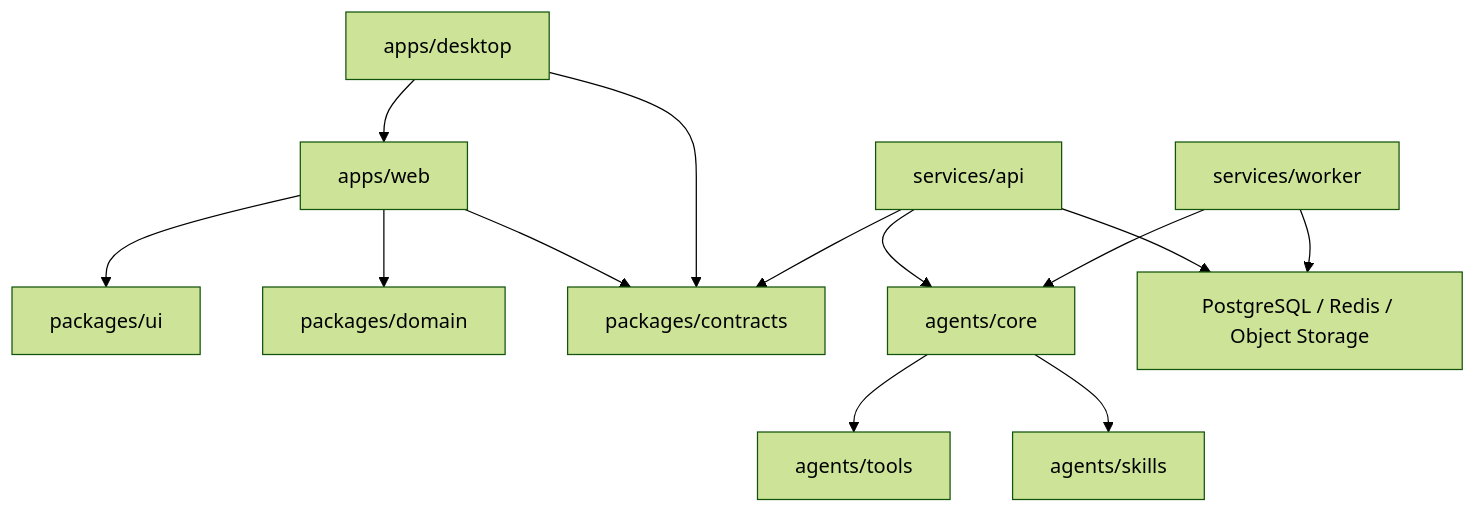
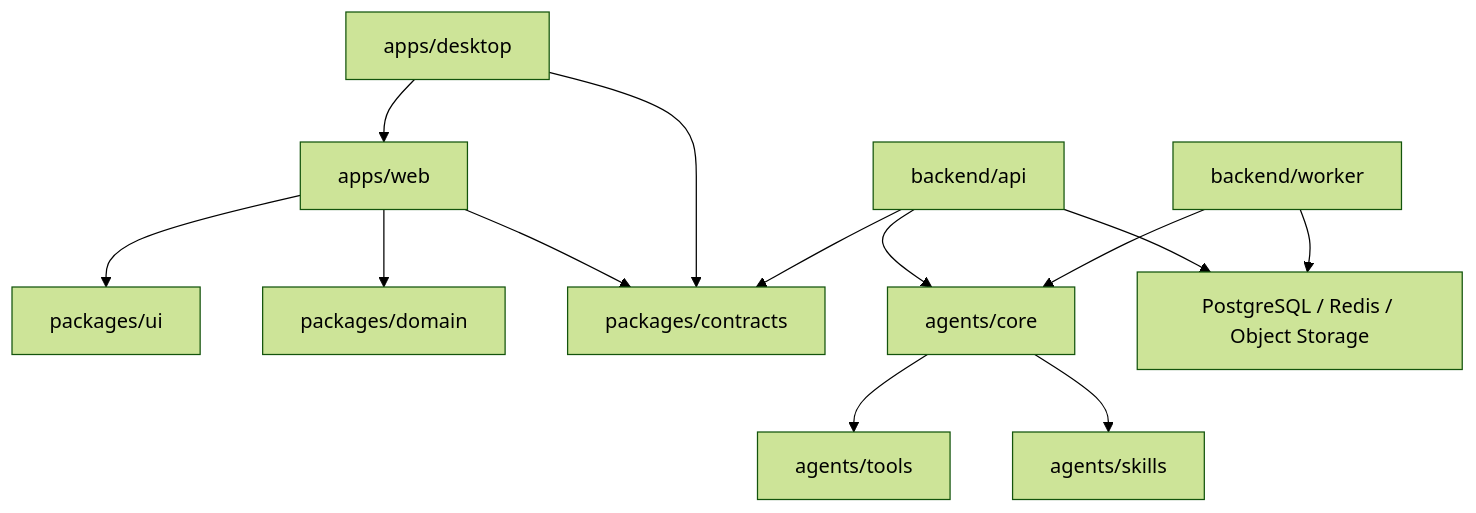
The diagram in PROJECT_STRUCTURE.md (IvanCodesDev/OpenMathModel), drawn with Mermaid (forest theme) before and after one commit. The commit also changed other lines of this file and 237 other files, not shown here.

````diff
--- a/PROJECT_STRUCTURE.md
+++ b/PROJECT_STRUCTURE.md
@@ -63,15 +63,15 @@
 ```mermaid
 flowchart TB
     WEB["apps/web"] --> UI["packages/ui"]
     WEB --> DOMAIN["packages/domain"]
     DESKTOP["apps/desktop"] --> WEB
     WEB --> CONTRACTS["packages/contracts"]
     DESKTOP --> CONTRACTS
-    API["services/api"] --> CONTRACTS
+    API["backend/api"] --> CONTRACTS
     API --> AGENT["agents/core"]
-    WORKER["services/worker"] --> AGENT
+    WORKER["backend/worker"] --> AGENT
     AGENT --> TOOLS["agents/tools"]
     AGENT --> SKILLS["agents/skills"]
     API --> DB["PostgreSQL / Redis / Object Storage"]
     WORKER --> DB
 ```
````
